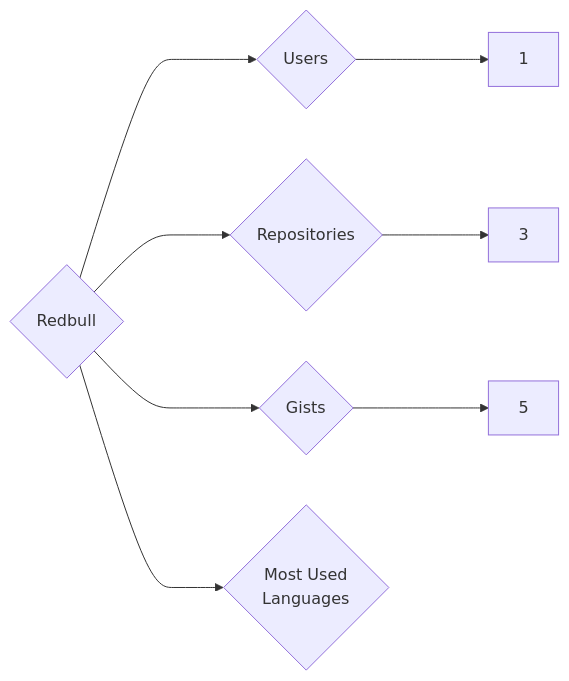
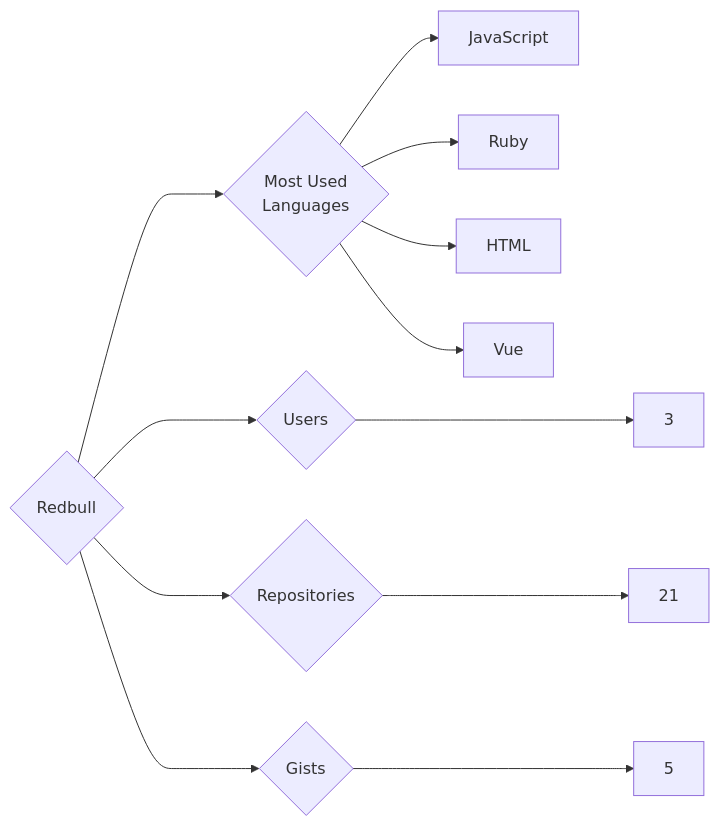
The diagram in targets/Redbull/README.md (trickest/insiders), drawn with Mermaid before and after one commit. The commit also changed 965 other files, not shown here.

````diff
--- a/targets/Redbull/README.md
+++ b/targets/Redbull/README.md
@@ -3,8 +3,12 @@
 ```mermaid
 graph LR
 COMPANY_NAME{Redbull}
-COMPANY_NAME ---> U{Users} ---> UN[1]
-COMPANY_NAME ---> R{Repositories} ---> RN[3]
+COMPANY_NAME ---> U{Users} ---> UN[3]
+COMPANY_NAME ---> R{Repositories} ---> RN[21]
 COMPANY_NAME ---> G{Gists} ---> GN[5]
 COMPANY_NAME ---> ML{Most Used<br>Languages}
+ML --> JavaScript[JavaScript]
+ML --> Ruby[Ruby]
+ML --> HTML[HTML]
+ML --> Vue[Vue]
 ```
````
